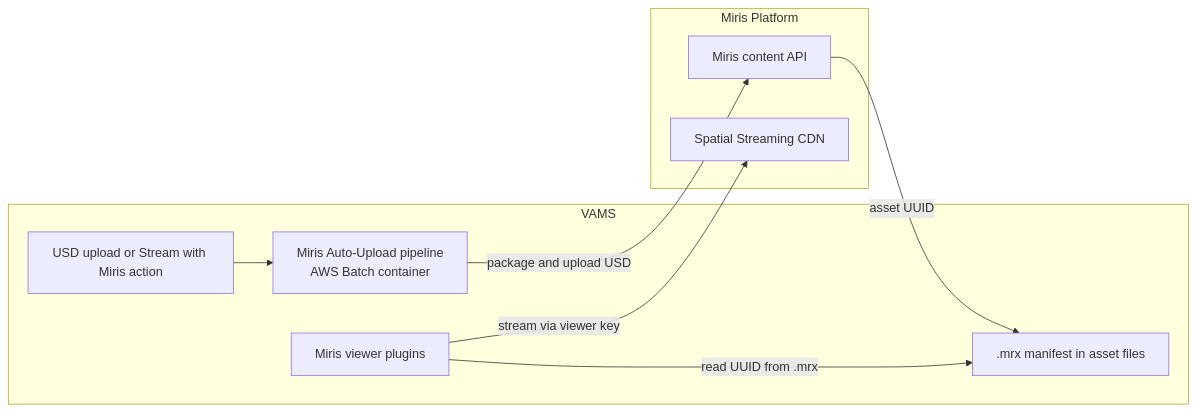
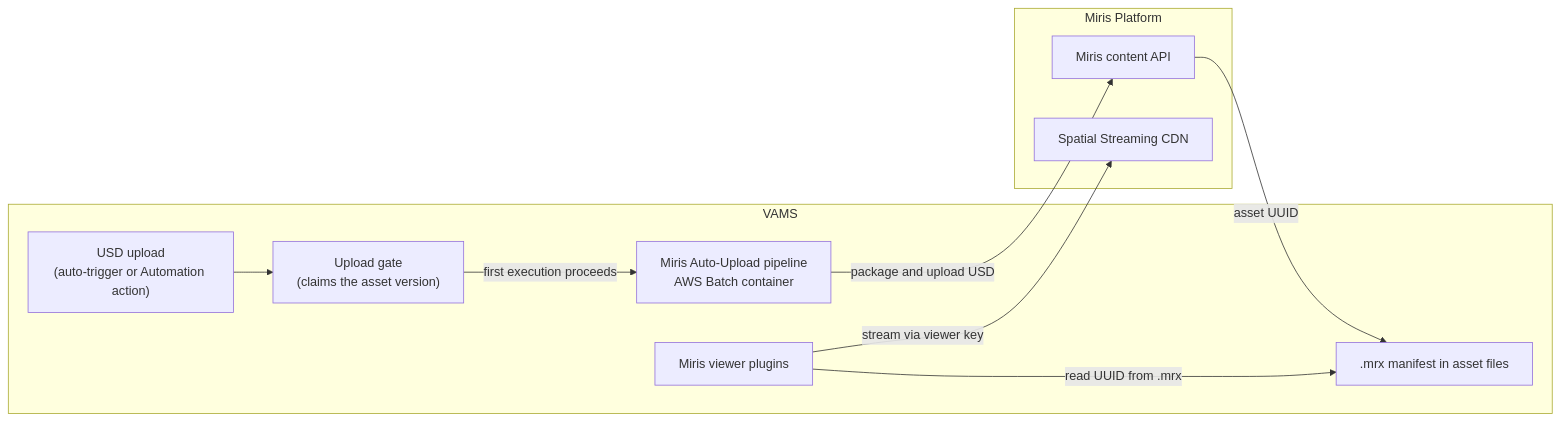
Before and after one commit to kellan-cartledge-miris/visual-asset-management-system: the diagram in documentation/docusaurus-site/docs/developer/external-integrations/miris-spatial-streaming.md, drawn with Mermaid. The commit also changed other lines of this file and 15 other files, not shown here.

First line of the commit message:
docs(miris): document the v2.6 upload contract, claim-based dedup, and native launch

````diff
--- a/documentation/docusaurus-site/docs/developer/external-integrations/miris-spatial-streaming.md
+++ b/documentation/docusaurus-site/docs/developer/external-integrations/miris-spatial-streaming.md
@@ -104,19 +104,21 @@
 ```mermaid
 flowchart LR
     subgraph VAMS
-        UP["USD upload or Stream with Miris action"]
+        UP["USD upload\n(auto-trigger or Automation action)"]
+        GATE["Upload gate\n(claims the asset version)"]
         PIPE["Miris Auto-Upload pipeline\nAWS Batch container"]
         MRX[".mrx manifest in asset files"]
         VIEW["Miris viewer plugins"]
     end
     subgraph Miris Platform
         API["Miris content API"]
         STREAM["Spatial Streaming CDN"]
     end
 
-    UP --> PIPE
+    UP --> GATE
+    GATE -->|first execution proceeds| PIPE
     PIPE -->|package and upload USD| API
     API -->|asset UUID| MRX
     VIEW -->|read UUID from .mrx| MRX
     VIEW -->|stream via viewer key| STREAM
 ```
````
